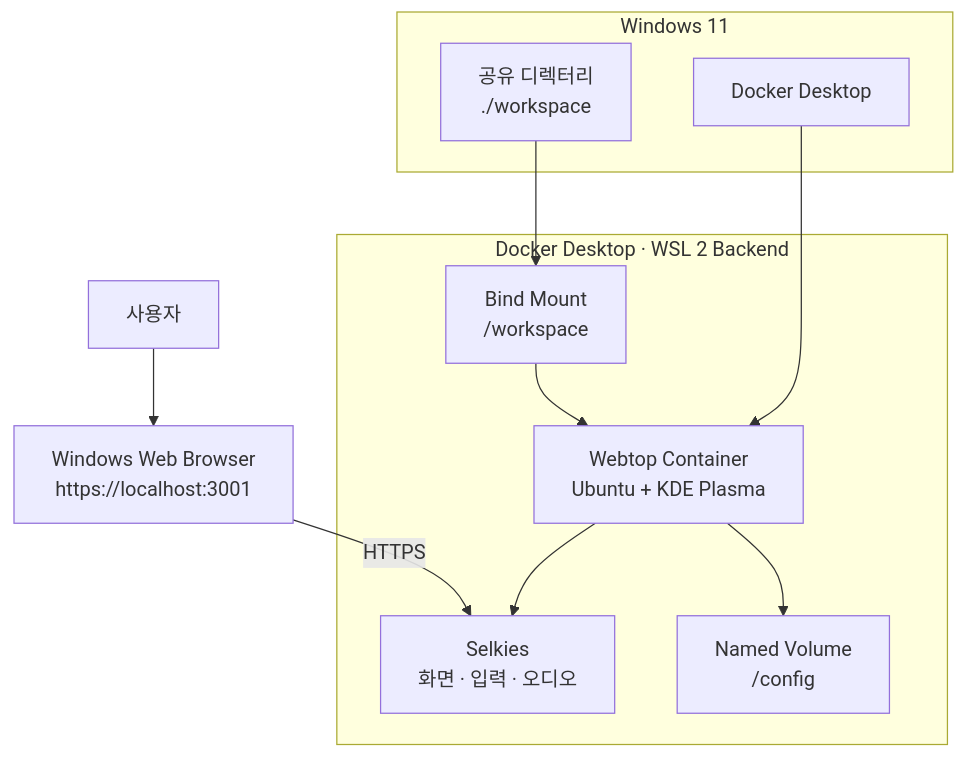
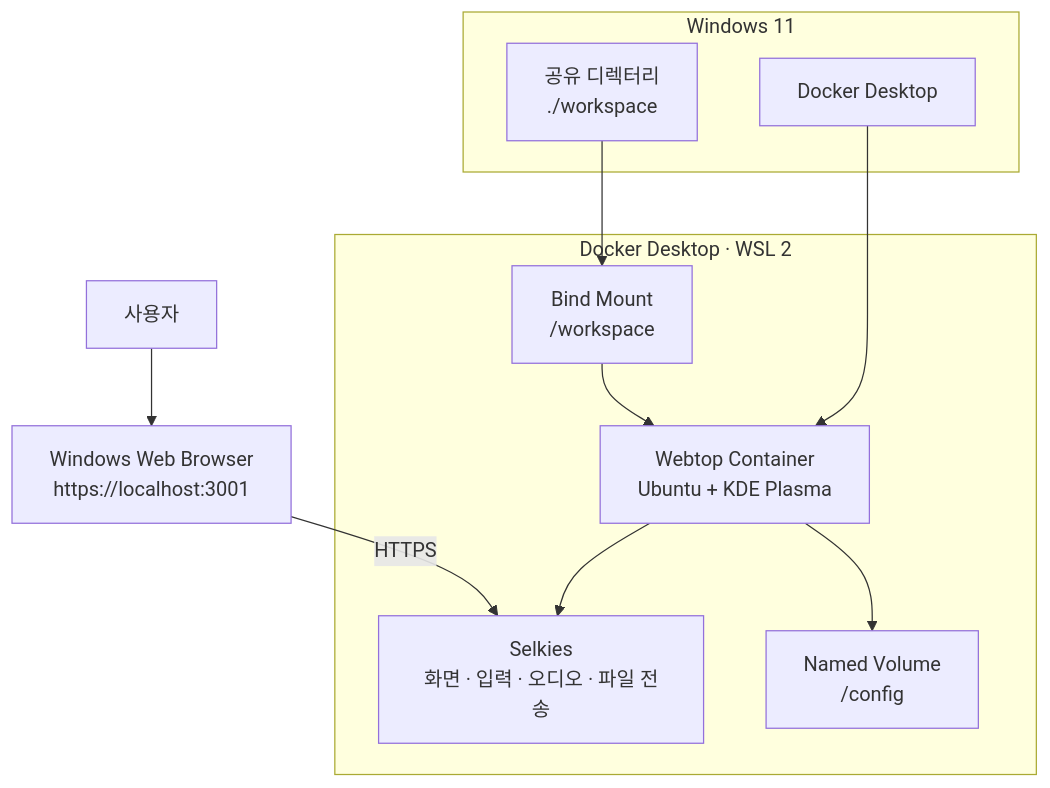
The diagram in README.md (seoheejung/web-linux-desktop), drawn with Mermaid before and after one commit. The commit also changed other lines of this file and 7 other files, not shown here.

````diff
--- a/README.md
+++ b/README.md
@@ -39,26 +29,26 @@
 ```mermaid
 flowchart TD
     User["사용자"]
     Browser["Windows Web Browser<br/>https://localhost:3001"]
 
     subgraph Windows["Windows 11"]
         Docker["Docker Desktop"]
         Workspace["공유 디렉터리<br/>./workspace"]
     end
 
-    subgraph DockerEnvironment["Docker Desktop · WSL 2 Backend"]
+    subgraph Container["Docker Desktop · WSL 2"]
         Webtop["Webtop Container<br/>Ubuntu + KDE Plasma"]
-        Selkies["Selkies<br/>화면 · 입력 · 오디오"]
+        Selkies["Selkies<br/>화면 · 입력 · 오디오 · 파일 전송"]
         Config["Named Volume<br/>/config"]
         Shared["Bind Mount<br/>/workspace"]
     end
 
     User --> Browser
     Docker --> Webtop
     Webtop --> Selkies
     Browser -->|HTTPS| Selkies
 
     Webtop --> Config
     Workspace --> Shared
     Shared --> Webtop
 ```
````
